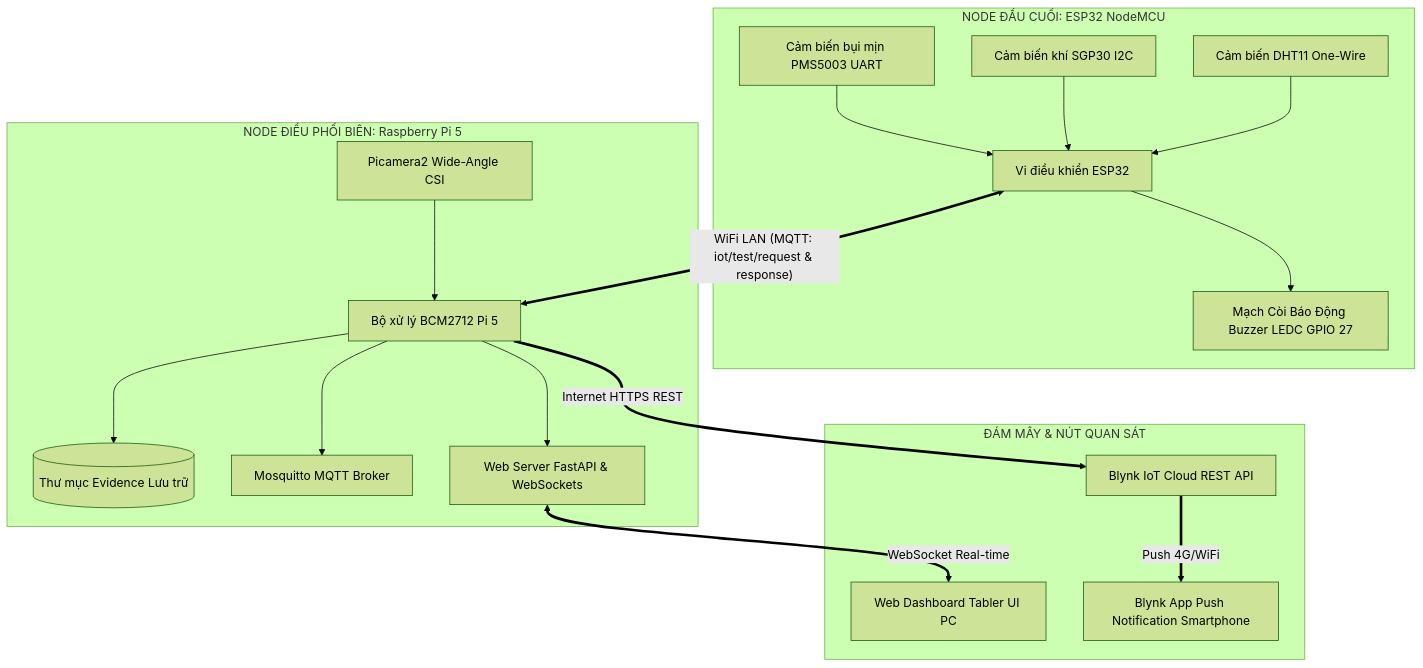
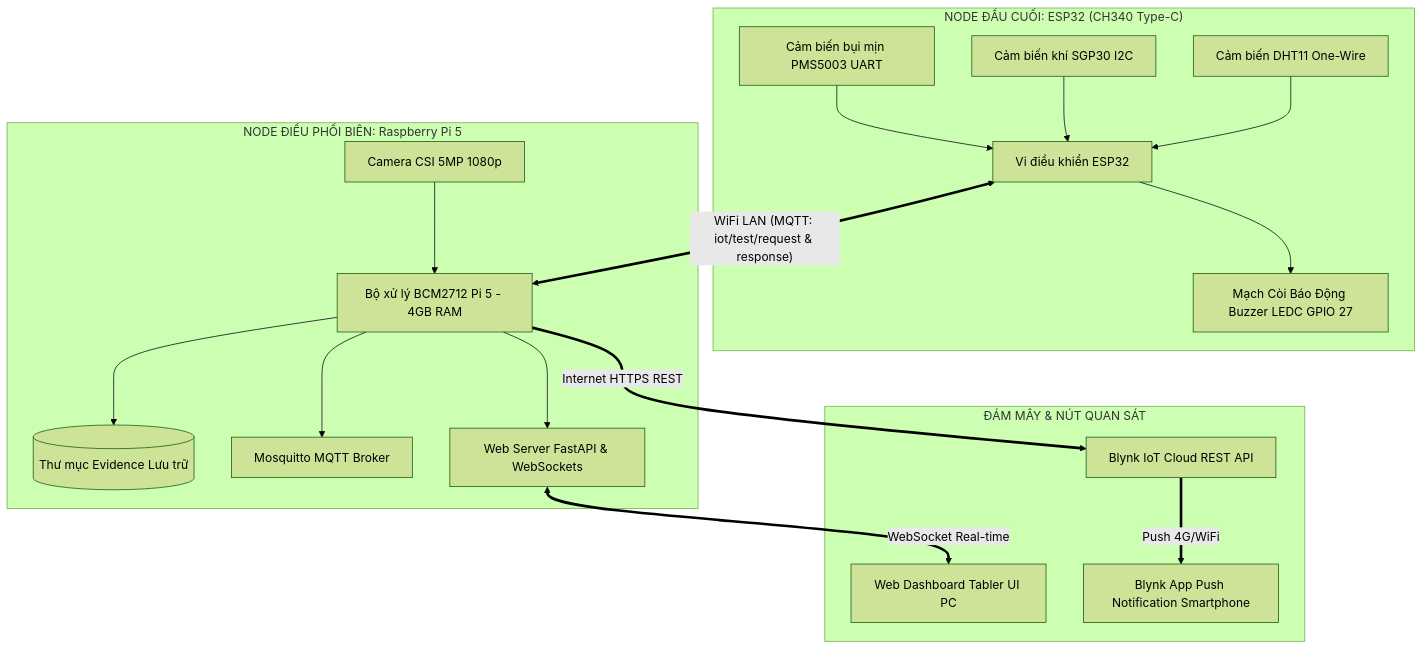
The fourth of 4 diagrams in bao_cao_tieu_luan.md (KeepGoing132/IOT_TOP1-ThayMinh), drawn with Mermaid (forest theme) before and after one commit. The commit also changed other lines of this file and 2 other files, not shown here.

````diff
--- a/bao_cao_tieu_luan.md
+++ b/bao_cao_tieu_luan.md
@@ -361,27 +361,27 @@
 ```mermaid
 graph TD
-    subgraph NODE_DAU_CUOI ["NODE ĐẦU CUỐI: ESP32 NodeMCU"]
+    subgraph NODE_DAU_CUOI ["NODE ĐẦU CUỐI: ESP32 (CH340 Type-C)"]
         PMS[Cảm biến bụi mịn PMS5003 UART] --> ESP[Vi điều khiển ESP32]
         SGP[Cảm biến khí SGP30 I2C] --> ESP
         DHT[Cảm biến DHT11 One-Wire] --> ESP
         ESP --> BUZ[Mạch Còi Báo Động Buzzer LEDC GPIO 27]
     end
 
     subgraph NODE_DIEU_PHOI ["NODE ĐIỀU PHỐI BIÊN: Raspberry Pi 5"]
-        CAM[Picamera2 Wide-Angle CSI] --> PI5[Bộ xử lý BCM2712 Pi 5]
+        CAM[Camera CSI 5MP 1080p] --> PI5[Bộ xử lý BCM2712 Pi 5 - 4GB RAM]
         PI5 --> STORE[(Thư mục Evidence Lưu trữ)]
         PI5 --> MQTT_SVR[Mosquitto MQTT Broker]
         PI5 --> FASTAPI[Web Server FastAPI & WebSockets]
     end
 
     subgraph DAM_MAY_QUAN_SAT ["ĐÁM MÂY & NÚT QUAN SÁT"]
         CLOUD[Blynk IoT Cloud REST API]
         DASH[Web Dashboard Tabler UI PC]
         PHONE[Blynk App Push Notification Smartphone]
     end
 
     ESP <== "WiFi LAN (MQTT: iot/test/request & response)" ==> PI5
     FASTAPI <== "WebSocket Real-time" ==> DASH
     PI5 == "Internet HTTPS REST" ==> CLOUD
     CLOUD == "Push 4G/WiFi" ==> PHONE
 ```
````
